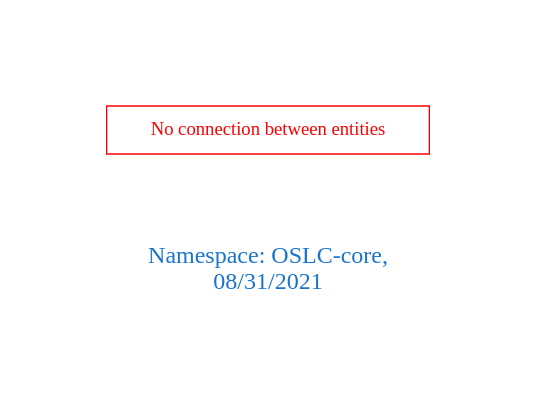
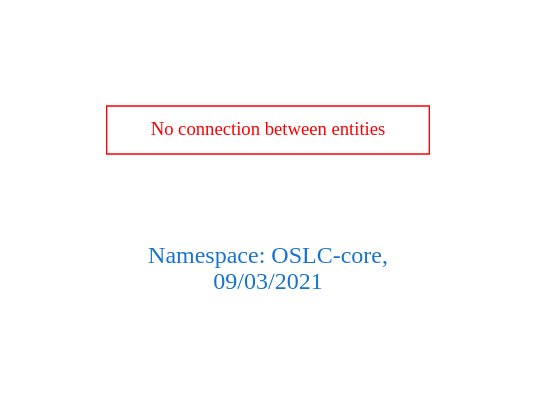
The diagram in downloads/OSLC-core.dot (arago/OGIT), drawn with Graphviz before and after one commit. The commit also changed 1894 other files, not shown here.

```diff
--- a/downloads/OSLC-core.dot
+++ b/downloads/OSLC-core.dot
@@ -1,9 +1,9 @@
 digraph OGIT_ontology {
  graph [ rankdir= LR,pad=1 
 fontsize = 18,
-fontcolor= dodgerblue3,label = "\n\n\nNamespace: OSLC-core, \n 08/31/2021"];
+fontcolor= dodgerblue3,label = "\n\n\nNamespace: OSLC-core, \n 09/03/2021"];
 node[shape=polygon];
 edge [  color="gray81"];
 
 "No connection between entities" [fontcolor = "red",color="red", shape="polygon"]
 }
```
